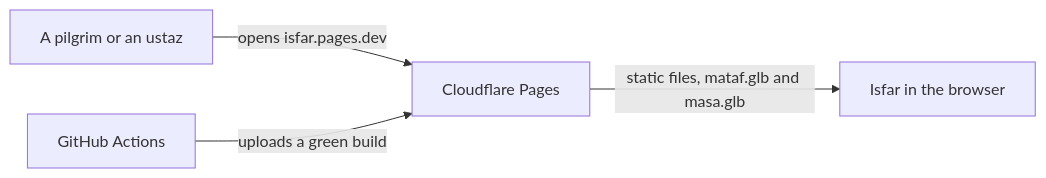
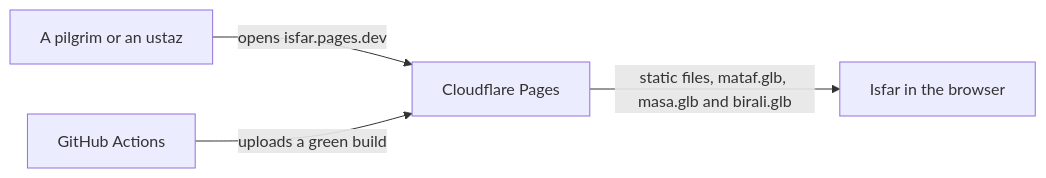
The first of 2 diagrams in docs/ARCHITECTURE.md (dzaffren/isfar), drawn with Mermaid before and after one commit. The commit also changed other lines of this file and 31 other files, not shown here.

````diff
--- a/docs/ARCHITECTURE.md
+++ b/docs/ARCHITECTURE.md
@@ -7,6 +7,6 @@
 ```mermaid
 flowchart LR
     PERSON[A pilgrim or an ustaz] -- "opens isfar.pages.dev" --> CF[Cloudflare Pages]
-    CF -- "static files, mataf.glb and masa.glb" --> SITE[Isfar in the browser]
+    CF -- "static files, mataf.glb, masa.glb and birali.glb" --> SITE[Isfar in the browser]
     GH[GitHub Actions] -- "uploads a green build" --> CF
 ```
````
